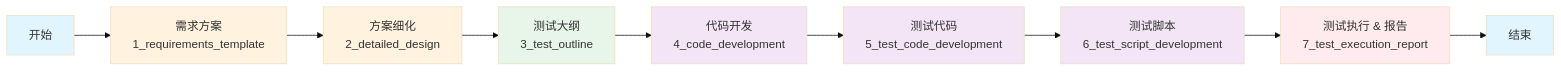
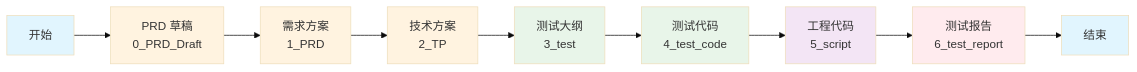
One commit to logan0116/PromptHub changed the diagram in prompt/new_feature/flowsheet.md. Above: the diagram before and after it, drawn with Mermaid (base theme). The commit also changed 9 other files, not shown here.

````diff
--- a/prompt/new_feature/flowsheet.md
+++ b/prompt/new_feature/flowsheet.md
@@ -1,21 +1,21 @@
 ```mermaid
 flowchart LR
-    A[开始] --> B[需求方案<br/>1_requirements_template]
-    B --> C[方案细化<br/>2_detailed_design]
-    C --> D[测试大纲<br/>3_test_outline]
-    D --> E[代码开发<br/>4_code_development]
-    E --> F[测试代码<br/>5_test_code_development]
-    F --> G[测试脚本<br/>6_test_script_development]
-    G --> H[测试执行 & 报告<br/>7_test_execution_report]
+    A[开始] --> B[PRD 草稿<br/>0_PRD_Draft]
+    B --> C[需求方案<br/>1_PRD]
+    C --> D[技术方案<br/>2_TP]
+    D --> E[测试大纲<br/>3_test]
+    E --> F[测试代码<br/>4_test_code]
+    F --> G[工程代码<br/>5_script]
+    G --> H[测试报告<br/>6_test_report]
     H --> I[结束]
     
     style A fill:#e1f5fe
     style I fill:#e1f5fe
     style B fill:#fff3e0
     style C fill:#fff3e0
-    style D fill:#e8f5e9
-    style E fill:#f3e5f5
-    style F fill:#f3e5f5
+    style D fill:#fff3e0
+    style E fill:#e8f5e9
+    style F fill:#e8f5e9
     style G fill:#f3e5f5
     style H fill:#ffebee
 ```
````
